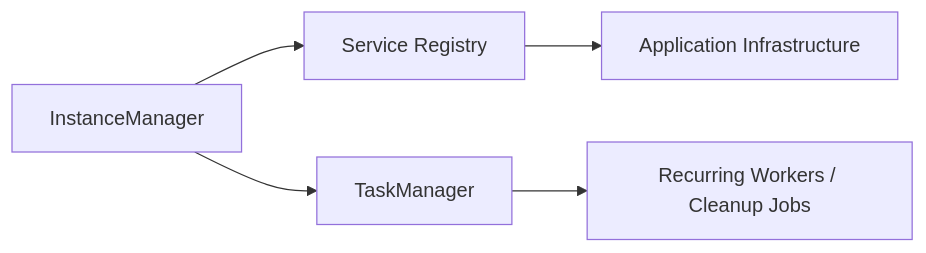
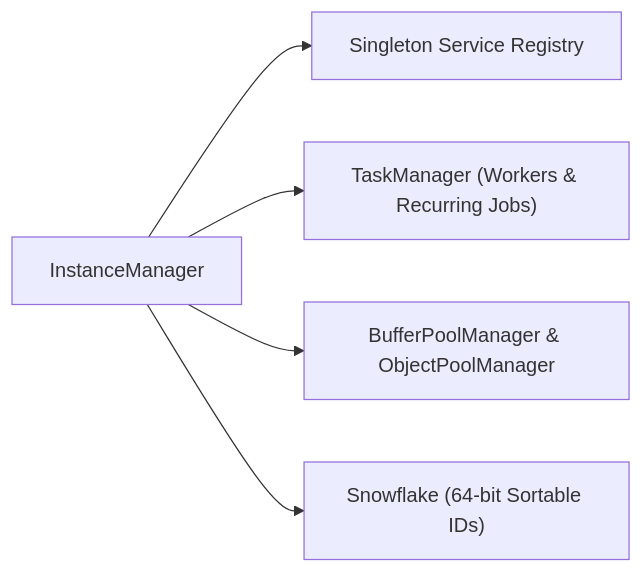
The diagram in src/content/docs/en-us/packages/nalix-framework.md (ppn-systems/nalix-docs), drawn with Mermaid before and after one commit. The commit also changed other lines of this file and 180 other files, not shown here.

````diff
--- a/src/content/docs/en-us/packages/nalix-framework.md
+++ b/src/content/docs/en-us/packages/nalix-framework.md
@@ -12,7 +12,7 @@
 ```mermaid
 flowchart LR
-    A["InstanceManager"] --> B["Service Registry"]
-    A --> C["TaskManager"]
-    B --> D["Application Infrastructure"]
-    C --> E["Recurring Workers / Cleanup Jobs"]
+    A["InstanceManager"] --> B["Singleton Service Registry"]
+    A --> C["TaskManager (Workers & Recurring Jobs)"]
+    A --> D["BufferPoolManager & ObjectPoolManager"]
+    A --> E["Snowflake (64-bit Sortable IDs)"]
 ```
````
